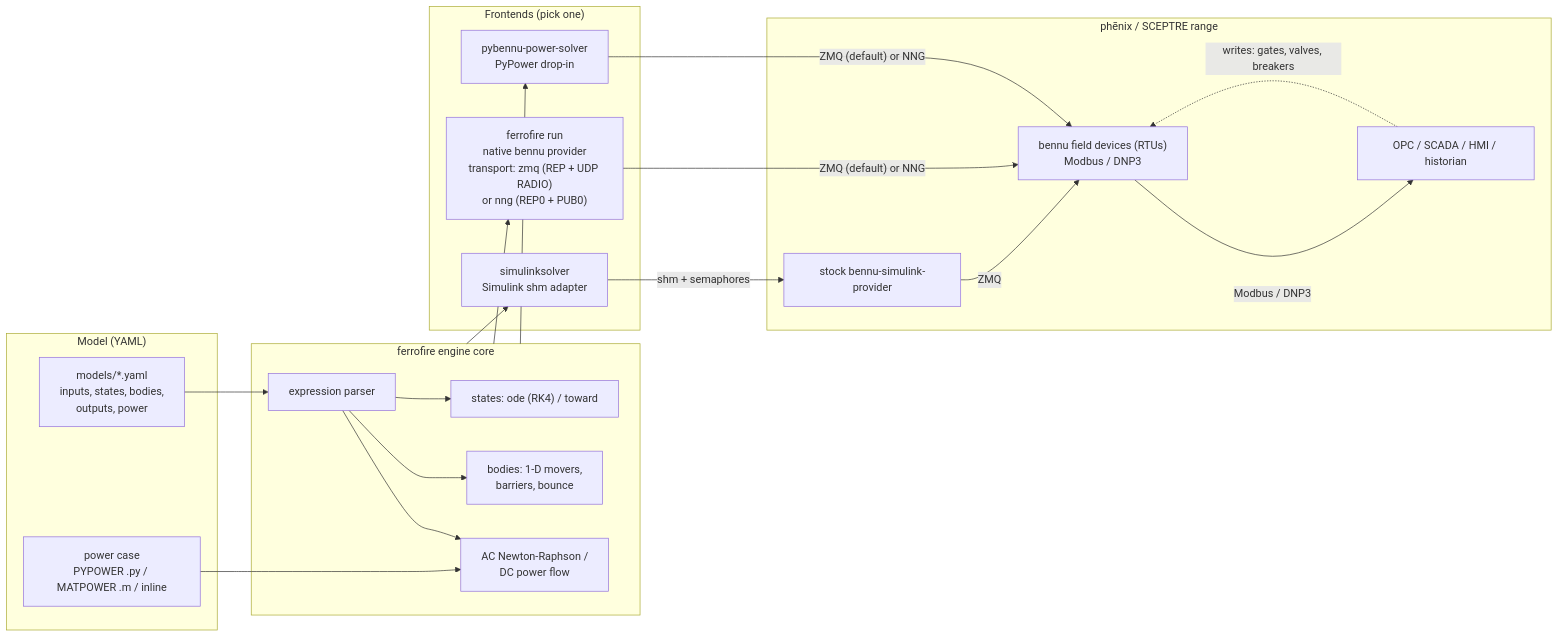
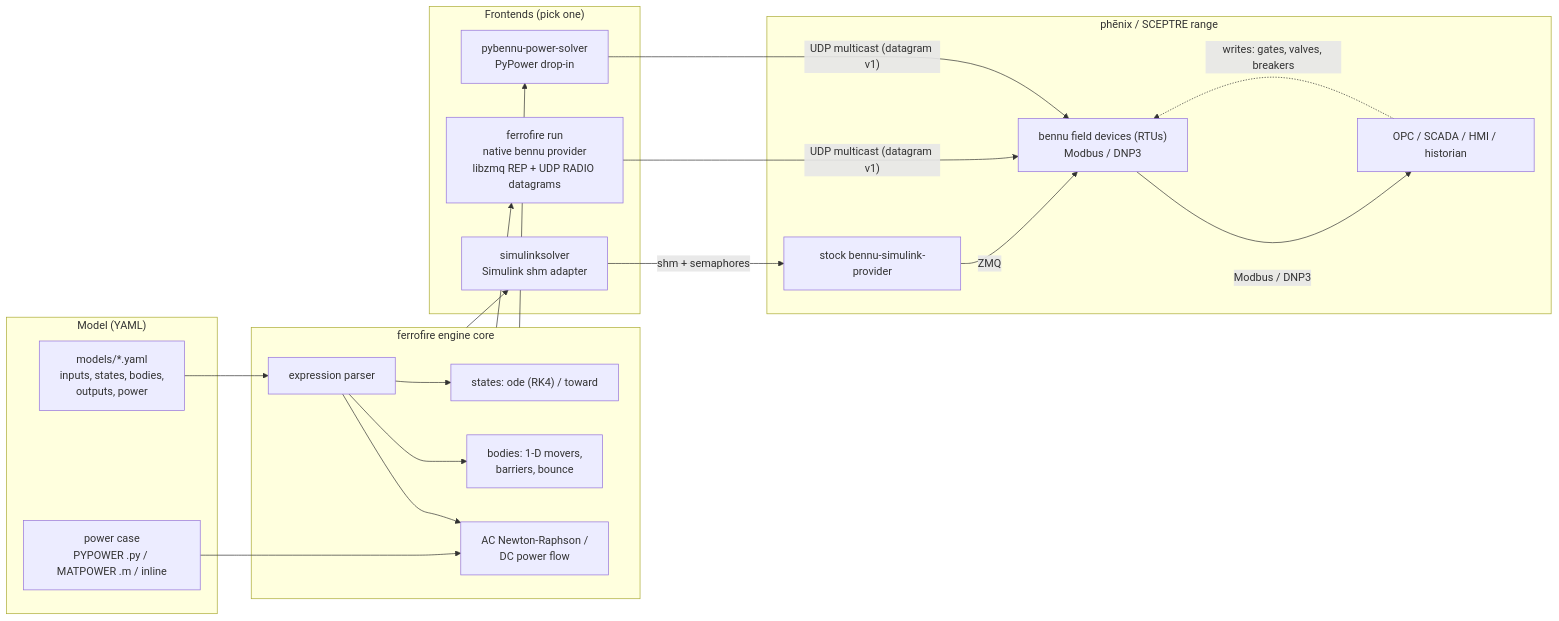
One commit to adamsrnmsu/ferrofire changed the diagram in README.md. Above: the diagram before and after it, drawn with Mermaid. The commit also changed other lines of this file and 28 other files, not shown here.

First line of the commit message:
refactor: drop the nng transport; seq pseudo-tags, sync publish, per-RTU endpoints (ww-otj.13, .14, .15, .16)

````diff
--- a/README.md
+++ b/README.md
@@ -37,33 +37,33 @@
 ```mermaid
 flowchart LR
   subgraph model["Model (YAML)"]
     M["models/*.yaml<br/>inputs, states, bodies,<br/>outputs, power"]
     C["power case<br/>PYPOWER .py / MATPOWER .m / inline"]
   end
   subgraph core["ferrofire engine core"]
     E["expression parser"]
     S["states: ode (RK4) / toward"]
     B["bodies: 1-D movers,<br/>barriers, bounce"]
     P["AC Newton-Raphson /<br/>DC power flow"]
   end
   subgraph fe["Frontends (pick one)"]
-    N["ferrofire run<br/>native bennu provider<br/>transport: zmq (REP + UDP RADIO)<br/>or nng (REP0 + PUB0)"]
+    N["ferrofire run<br/>native bennu provider<br/>libzmq REP + UDP RADIO datagrams"]
     SL["simulinksolver<br/>Simulink shm adapter"]
     PY["pybennu-power-solver<br/>PyPower drop-in"]
   end
   subgraph range["phēnix / SCEPTRE range"]
     BP["stock bennu-simulink-provider"]
     FD["bennu field devices (RTUs)<br/>Modbus / DNP3"]
     SC["OPC / SCADA / HMI / historian"]
   end
   M --> E
   C --> P
   E --> S & B & P
   core --> N & SL & PY
   SL -- "shm + semaphores" --> BP
   BP -- "ZMQ" --> FD
-  N -- "ZMQ (default) or NNG" --> FD
-  PY -- "ZMQ (default) or NNG" --> FD
+  N -- "UDP multicast (datagram v1)" --> FD
+  PY -- "UDP multicast (datagram v1)" --> FD
   FD -- "Modbus / DNP3" --> SC
   SC -. "writes: gates, valves, breakers" .-> FD
 ```
````
